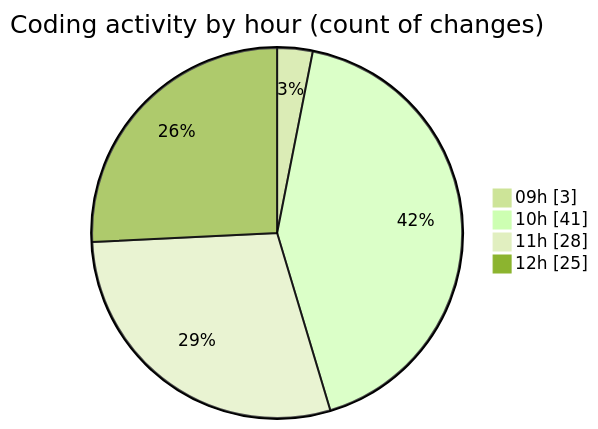
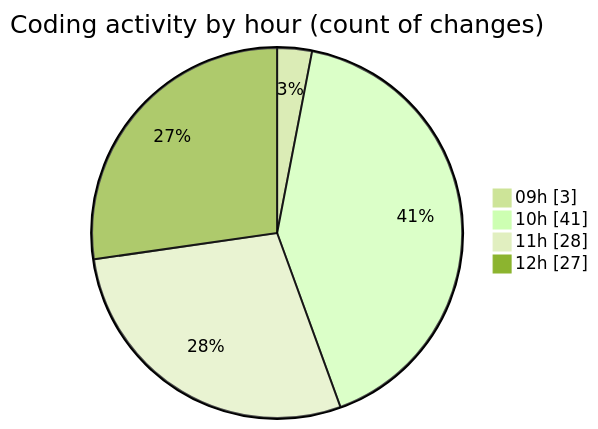
One commit to CELIANVF/code-tracking changed the second of 2 diagrams in 2025-05-19/ecodeli-1/README.md. Above: the diagram before and after it, drawn with Mermaid (forest theme). The commit also changed other lines of this file and 1 other file, not shown here.

````diff
--- a/2025-05-19/ecodeli-1/README.md
+++ b/2025-05-19/ecodeli-1/README.md
@@ -60,8 +61,8 @@
 ```mermaid
 pie showData
 title Coding activity by hour (count of changes)
 "09h" : 3
 "10h" : 41
 "11h" : 28
-"12h" : 25
+"12h" : 27
 ```
````
